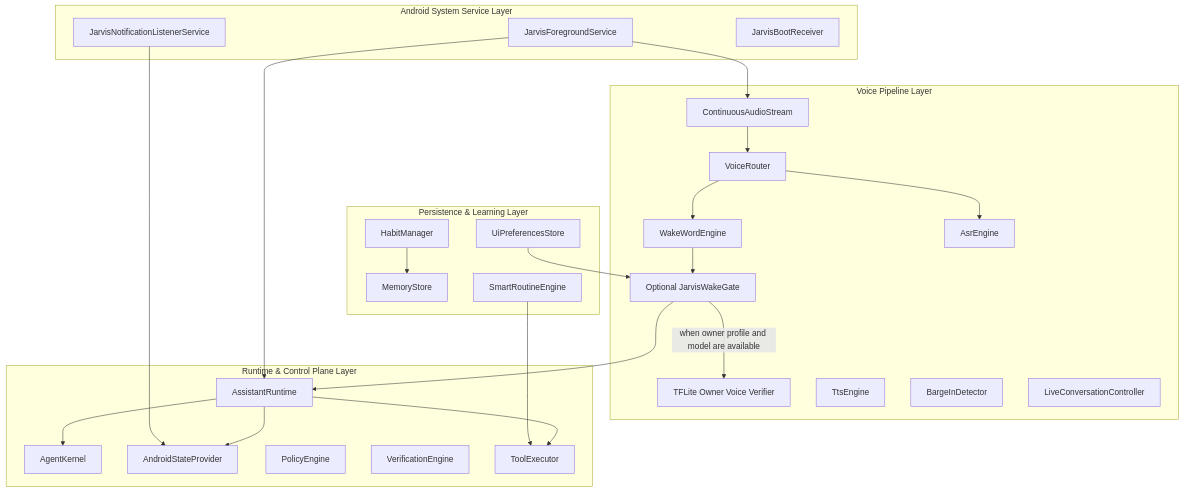
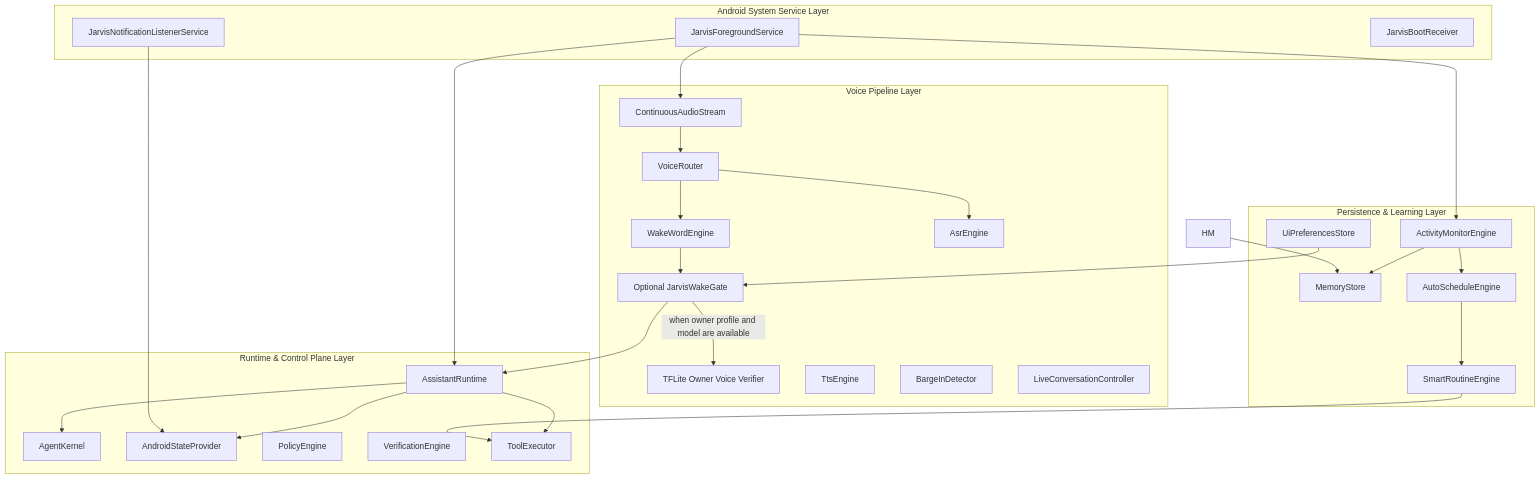
Before and after one commit to Minaty001/android-jarvis: the diagram in docs/ARCHITECTURE.md, drawn with Mermaid. The commit also changed 4 other files, not shown here.

Commit message:
docs: audit and update documentation, master local features catalog links, and phase roadmap

````diff
--- a/docs/ARCHITECTURE.md
+++ b/docs/ARCHITECTURE.md
@@ -7,52 +7,57 @@
 ```mermaid
 flowchart TD
     subgraph Android System Service Layer
         FS[JarvisForegroundService]
         NLS[JarvisNotificationListenerService]
         BR[JarvisBootReceiver]
     end
 
     subgraph Voice Pipeline Layer
         CAS[ContinuousAudioStream]
         VR[VoiceRouter]
         WWE[WakeWordEngine]
         JWG[Optional JarvisWakeGate]
         OVV[TFLite Owner Voice Verifier]
         ASR[AsrEngine]
         TTS[TtsEngine]
         BID[BargeInDetector]
         LCC[LiveConversationController]
     end
 
     subgraph Runtime & Control Plane Layer
         AR[AssistantRuntime]
         AK[AgentKernel]
         WS[AndroidStateProvider]
         PE[PolicyEngine]
         VE[VerificationEngine]
         TE[ToolExecutor]
     end
 
     subgraph Persistence & Learning Layer
         PS[UiPreferencesStore]
         MS[MemoryStore]
-        HM[HabitManager]
+        AME[ActivityMonitorEngine]
+        ASE[AutoScheduleEngine]
         SRE[SmartRoutineEngine]
     end
 
     FS --> AR
     FS --> CAS
     CAS --> VR
     VR --> WWE
     WWE --> JWG
     JWG -->|when owner profile and model are available| OVV
     JWG --> AR
     PS --> JWG
+    FS --> AME
+    AME --> MS
+    AME --> ASE
+    ASE --> SRE
     VR --> ASR
     AR --> AK
     AR --> WS
     AR --> TE
     NLS --> WS
     HM --> MS
     SRE --> TE
 ```
````
